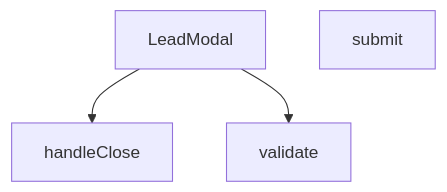
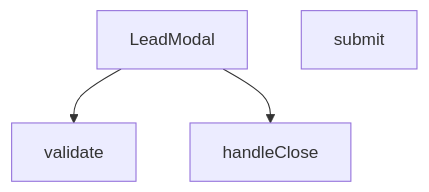
Before and after one commit to peckop/venthub-hvac-esite: the diagram in src/components/LeadModal.md, drawn with Mermaid. The commit also changed other lines of this file and 27 other files, not shown here.

````diff
--- a/src/components/LeadModal.md
+++ b/src/components/LeadModal.md
@@ -119,9 +128,9 @@
 ```mermaid
 graph TD
     LeadModal_tsx__LeadModal["LeadModal"]
     LeadModal_tsx__handleClose["handleClose"]
     LeadModal_tsx__submit["submit"]
     LeadModal_tsx__validate["validate"]
+    LeadModal_tsx__LeadModal --> LeadModal_tsx__validate
     LeadModal_tsx__LeadModal --> LeadModal_tsx__handleClose
-    LeadModal_tsx__LeadModal --> LeadModal_tsx__validate
 ```
````
